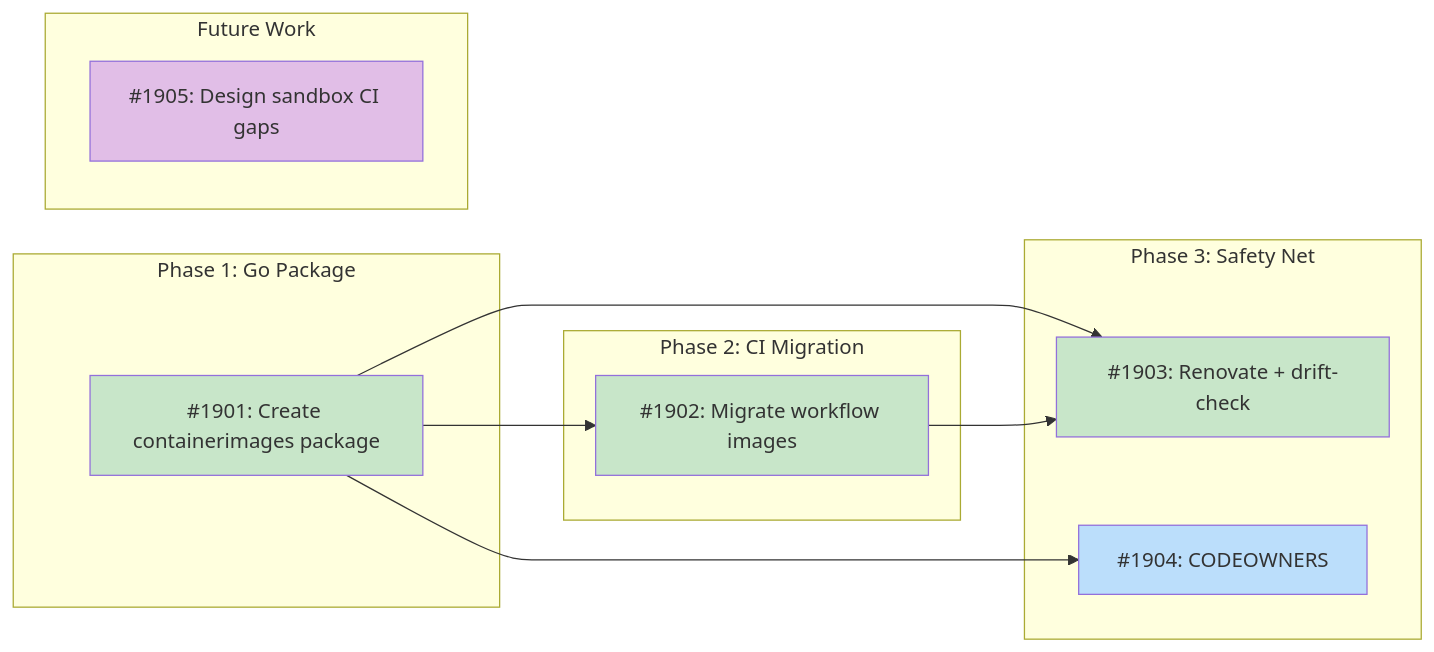
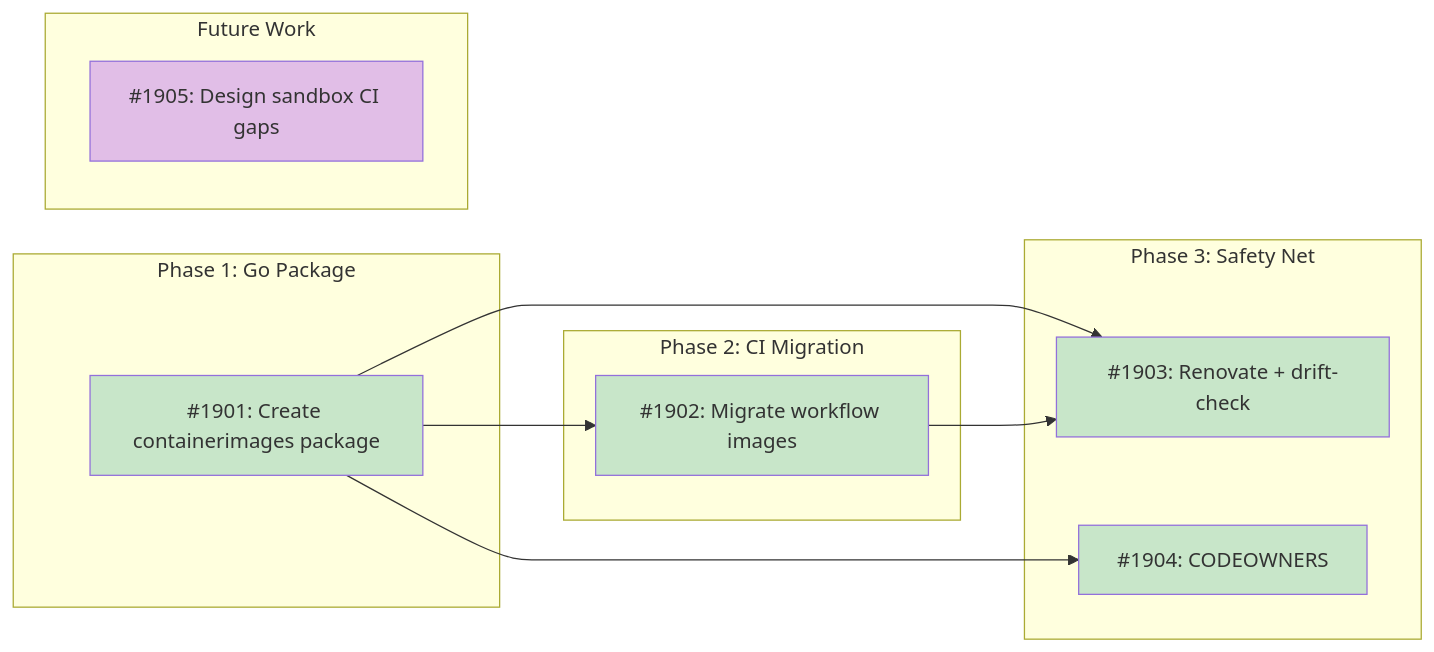
Before and after one commit to tsukumogami/tsuku: the diagram in docs/designs/DESIGN-sandbox-image-unification.md, drawn with Mermaid. The commit also changed other lines of this file and 7 other files, not shown here.

````diff
--- a/docs/designs/DESIGN-sandbox-image-unification.md
+++ b/docs/designs/DESIGN-sandbox-image-unification.md
@@ -53,36 +53,36 @@
 ```mermaid
 graph LR
     subgraph Phase1["Phase 1: Go Package"]
         I1901["#1901: Create containerimages package"]
     end
 
     subgraph Phase2["Phase 2: CI Migration"]
         I1902["#1902: Migrate workflow images"]
     end
 
     subgraph Phase3["Phase 3: Safety Net"]
         I1903["#1903: Renovate + drift-check"]
         I1904["#1904: CODEOWNERS"]
     end
 
     subgraph Future["Future Work"]
         I1905["#1905: Design sandbox CI gaps"]
     end
 
     I1901 --> I1902
     I1901 --> I1903
     I1901 --> I1904
     I1902 --> I1903
 
     classDef done fill:#c8e6c9
     classDef ready fill:#bbdefb
     classDef blocked fill:#fff9c4
     classDef needsDesign fill:#e1bee7
     classDef tracksDesign fill:#FFE0B2,stroke:#F57C00,color:#000
 
     class I1901 done
     class I1902 done
-    class I1904 ready
+    class I1904 done
     class I1903 done
     class I1905 needsDesign
 ```
````
